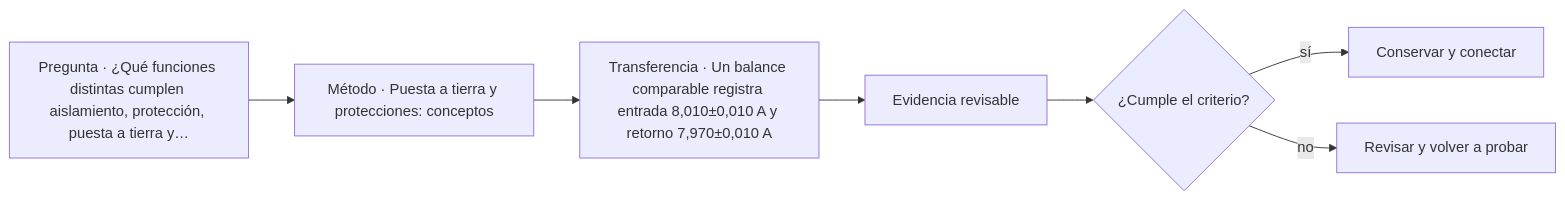
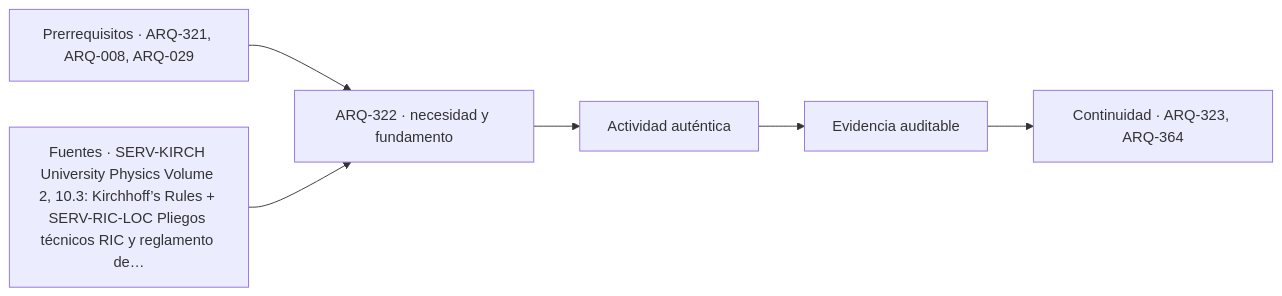
The diagram in classes/parte-33/ARQ-322.md (vladimiracunadev-create/architecture-built-environment-learning-program), drawn with Mermaid before and after one commit. The commit also changed other lines of this file and 761 other files, not shown here.

````diff
--- a/classes/parte-33/ARQ-322.md
+++ b/classes/parte-33/ARQ-322.md
@@ -111,9 +123,8 @@
 ```mermaid
 flowchart LR
-    Q["Pregunta · ¿Qué funciones distintas cumplen aislamiento, protección, puesta a tierra y…"] --> M["Método · Puesta a tierra y protecciones: conceptos"]
-    M --> P["Transferencia · Un balance comparable registra entrada 8,010±0,010 A y retorno 7,970±0,010 A"]
-    P --> E["Evidencia revisable"]
-    E --> C{"¿Cumple el criterio?"}
-    C -->|sí| T["Conservar y conectar"]
-    C -->|no| R["Revisar y volver a probar"]
+    A["Prerrequisitos · ARQ-321, ARQ-008, ARQ-029"] --> B["ARQ-322 · necesidad y fundamento"]
+    S["Fuentes · SERV-KIRCH University Physics Volume 2, 10.3: Kirchhoff’s Rules + SERV-RIC-LOC Pliegos técnicos RIC y reglamento de…"] --> B
+    B --> C["Actividad auténtica"]
+    C --> D["Evidencia auditable"]
+    D --> E["Continuidad · ARQ-323, ARQ-364"]
 ```
````
